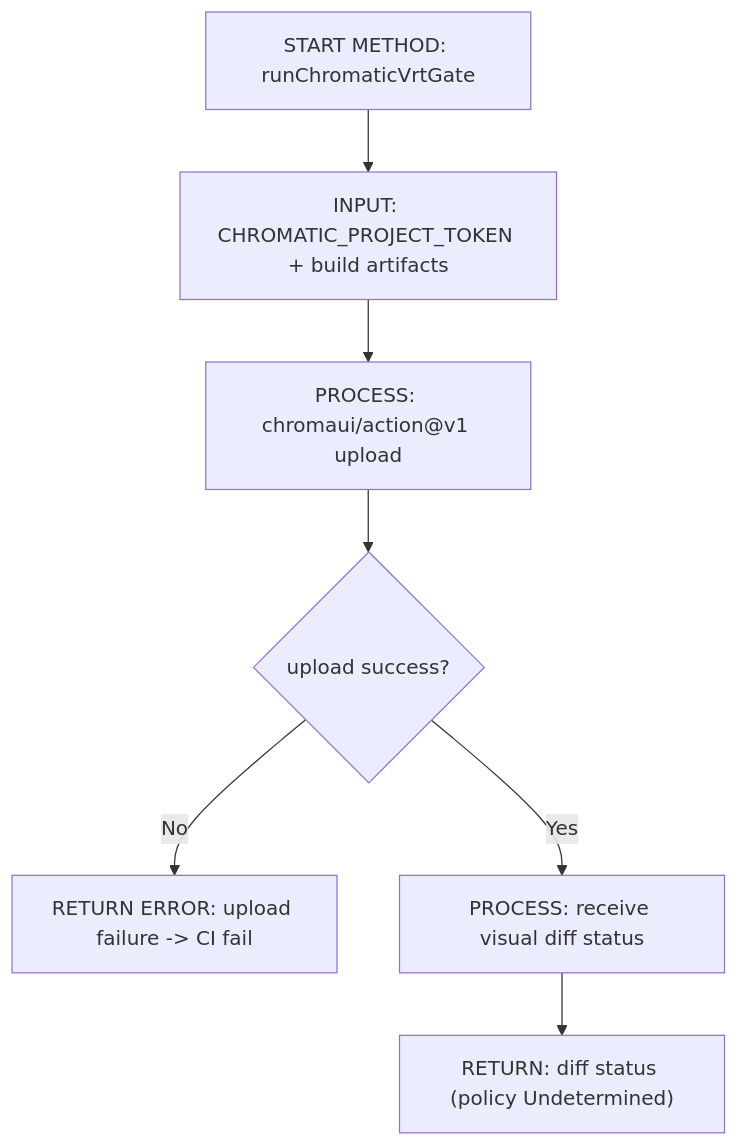
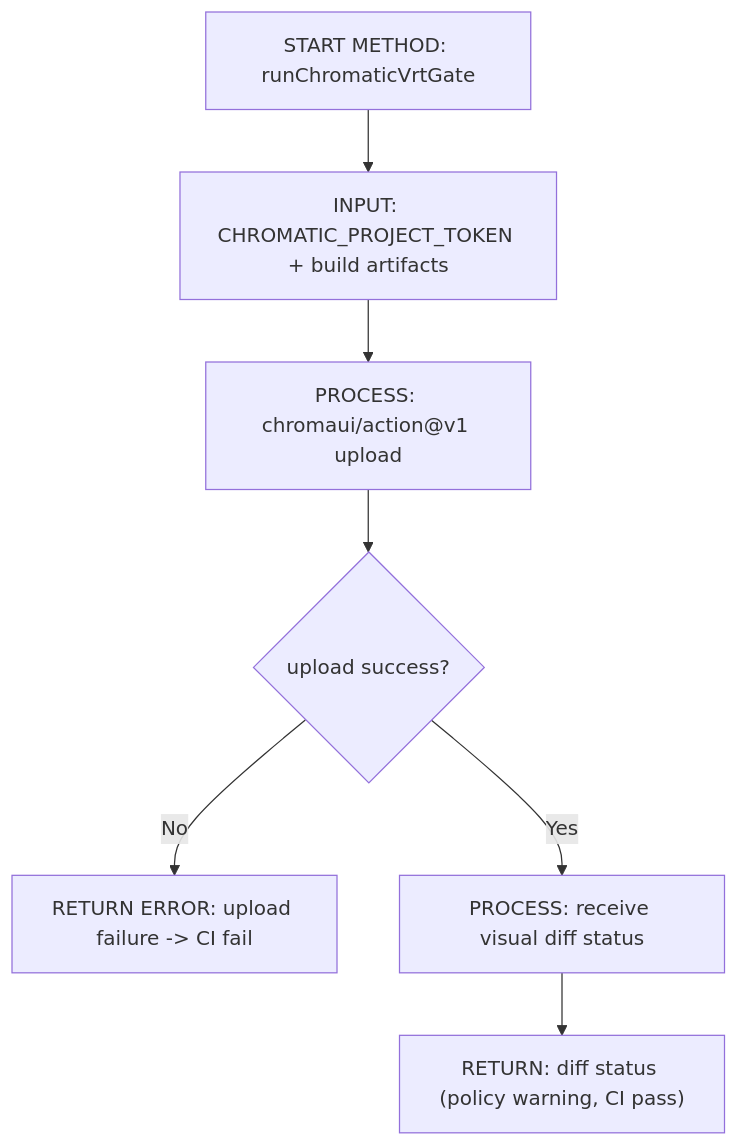
Before and after one commit to LevelCapTech/Agile-PMBOK-Assist: the sixth of 8 diagrams in .github/copilot/plans/94-storybook-ci-gate.md, drawn with Mermaid. The commit also changed other lines of this file, not shown here.

````diff
--- a/.github/copilot/plans/94-storybook-ci-gate.md
+++ b/.github/copilot/plans/94-storybook-ci-gate.md
@@ -390,9 +390,9 @@
 ```mermaid
 flowchart TD
   A["START METHOD: runChromaticVrtGate"] --> B["INPUT: CHROMATIC_PROJECT_TOKEN + build artifacts"]
   B --> C["PROCESS: chromaui/action@v1 upload"]
   C --> D{"upload success?"}
   D -->|No| E["RETURN ERROR: upload failure -> CI fail"]
   D -->|Yes| F["PROCESS: receive visual diff status"]
-  F --> G["RETURN: diff status (policy Undetermined)"]
+  F --> G["RETURN: diff status (policy warning, CI pass)"]
 ```
````
